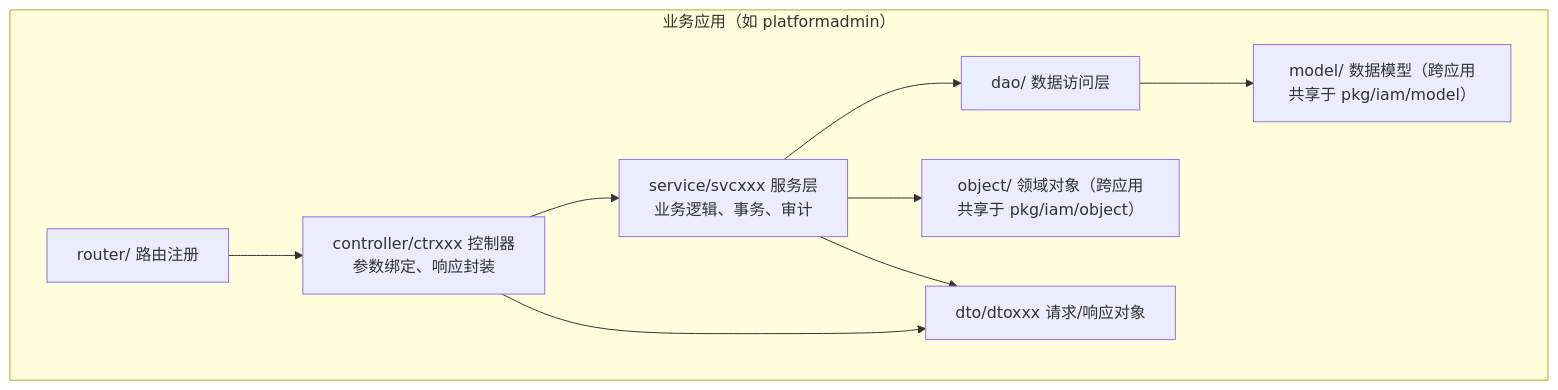
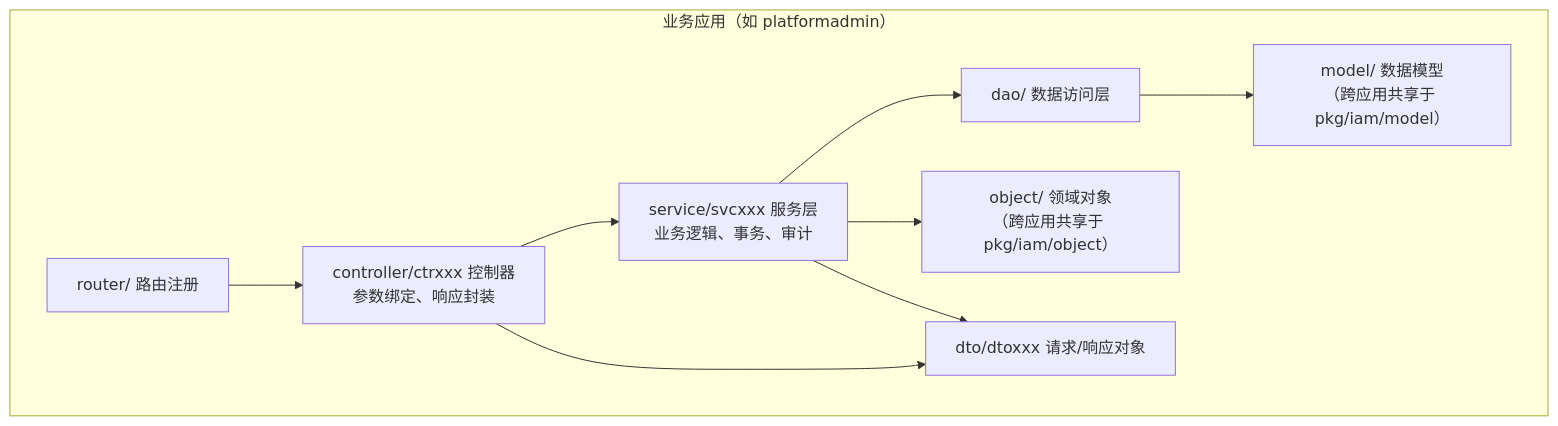
One commit to morehao/ark-iam changed the second of 13 diagrams in docs/design/system-design.md. Above: the diagram before and after it, drawn with Mermaid. The commit also changed other lines of this file and 172 other files, not shown here.

````diff
--- a/docs/design/system-design.md
+++ b/docs/design/system-design.md
@@ -112,16 +112,16 @@
 ```mermaid
 flowchart TB
     subgraph APP["业务应用（如 platformadmin）"]
         R["router/ 路由注册"]
         C["controller/ctrxxx 控制器<br/>参数绑定、响应封装"]
         S["service/svcxxx 服务层<br/>业务逻辑、事务、审计"]
         D["dao/ 数据访问层"]
-        M["model/ 数据模型（跨应用共享于 pkg/iam/model）"]
-        O["object/ 领域对象（跨应用共享于 pkg/iam/object）"]
+        M["model/ 数据模型<br/>（跨应用共享于 pkg/iam/model）"]
+        O["object/ 领域对象<br/>（跨应用共享于 pkg/iam/object）"]
         DTO["dto/dtoxxx 请求/响应对象"]
     end
     R --> C --> S --> D --> M
     S --> O
     C --> DTO
     S --> DTO
 ```
````
